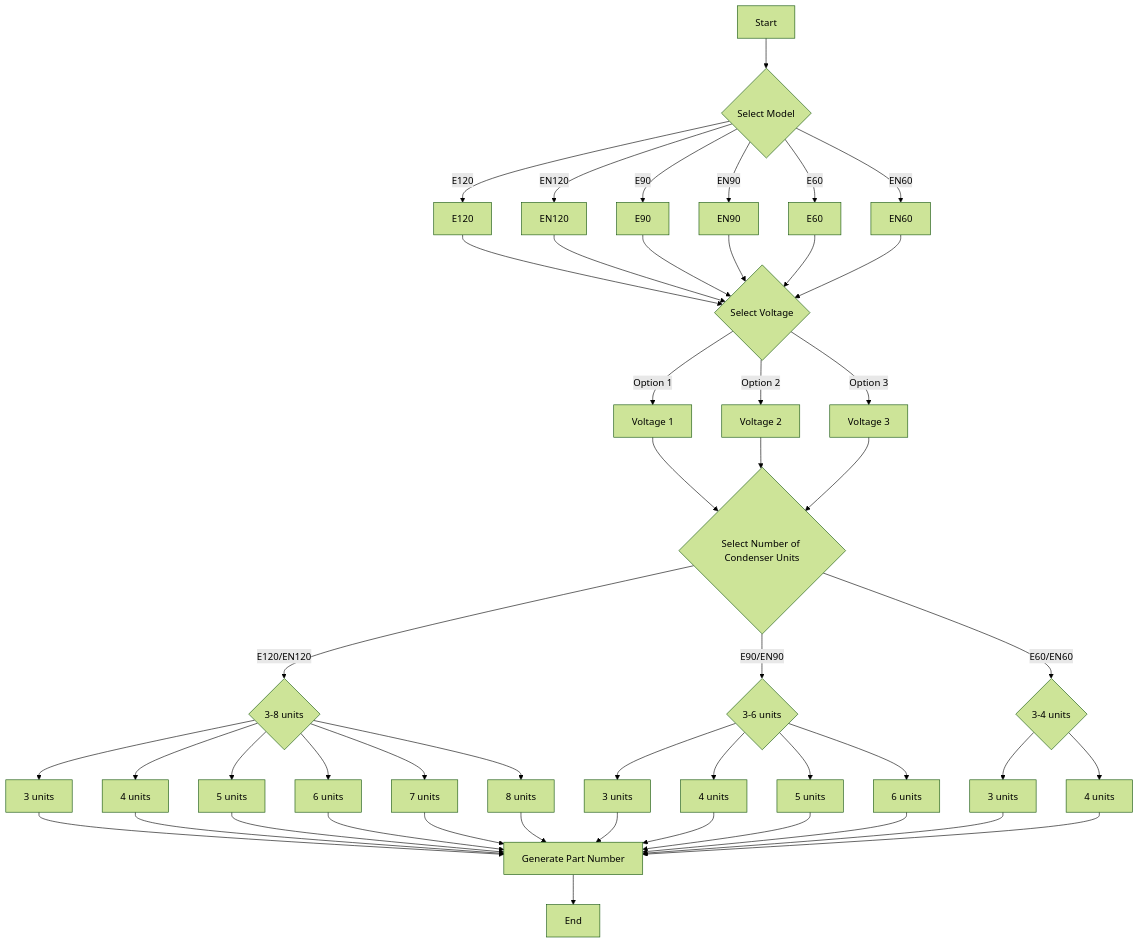
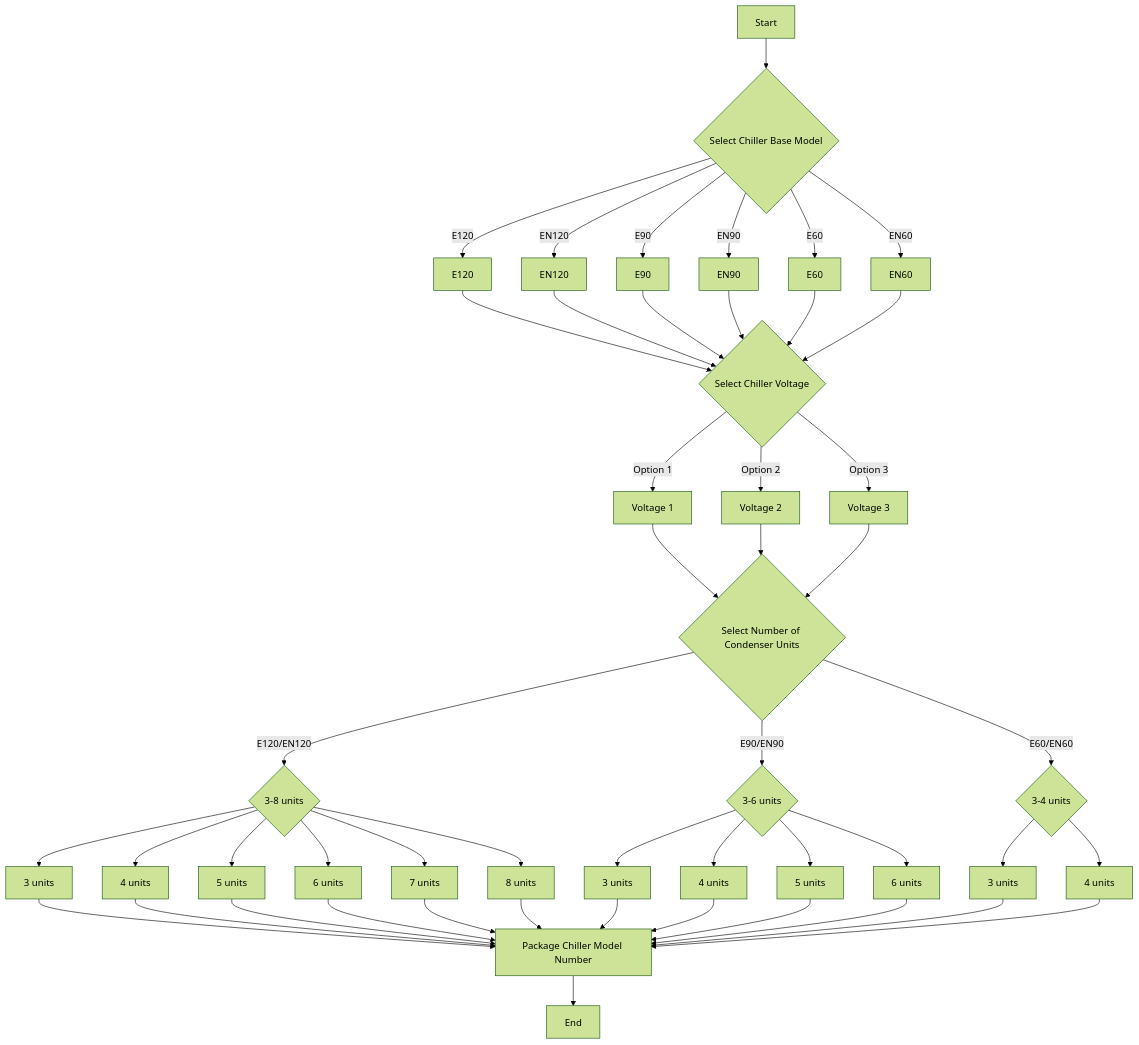
The diagram in PNFLC.MD (randomBullets/ProductNumberFlowChart), drawn with Mermaid (forest theme) before and after one commit.

````diff
--- a/PNFLC.MD
+++ b/PNFLC.MD
@@ -1,38 +1,38 @@
 ```mermaid
 graph TD
-    A[Start] --> B{Select Model}
+    A[Start] --> B{Select Chiller Base Model}
     B -->|E120| C1[E120]
     B -->|EN120| C2[EN120]
     B -->|E90| C3[E90]
     B -->|EN90| C4[EN90]
     B -->|E60| C5[E60]
     B -->|EN60| C6[EN60]
 
-    C1 & C2 & C3 & C4 & C5 & C6 --> D{Select Voltage}
+    C1 & C2 & C3 & C4 & C5 & C6 --> D{Select Chiller Voltage}
     D -->|Option 1| E1[Voltage 1]
     D -->|Option 2| E2[Voltage 2]
     D -->|Option 3| E3[Voltage 3]
 
     E1 & E2 & E3 --> F{Select Number of Condenser Units}
     F -->|E120/EN120| G1{3-8 units}
     F -->|E90/EN90| G2{3-6 units}
     F -->|E60/EN60| G3{3-4 units}
 
     G1 --> H1[3 units]
     G1 --> H2[4 units]
     G1 --> H3[5 units]
     G1 --> H4[6 units]
     G1 --> H5[7 units]
     G1 --> H6[8 units]
 
     G2 --> I1[3 units]
     G2 --> I2[4 units]
     G2 --> I3[5 units]
     G2 --> I4[6 units]
 
     G3 --> J1[3 units]
     G3 --> J2[4 units]
 
-    H1 & H2 & H3 & H4 & H5 & H6 & I1 & I2 & I3 & I4 & J1 & J2 --> K[Generate Part Number]
+    H1 & H2 & H3 & H4 & H5 & H6 & I1 & I2 & I3 & I4 & J1 & J2 --> K[Package Chiller Model Number]
     K --> L[End]
 ```
````
